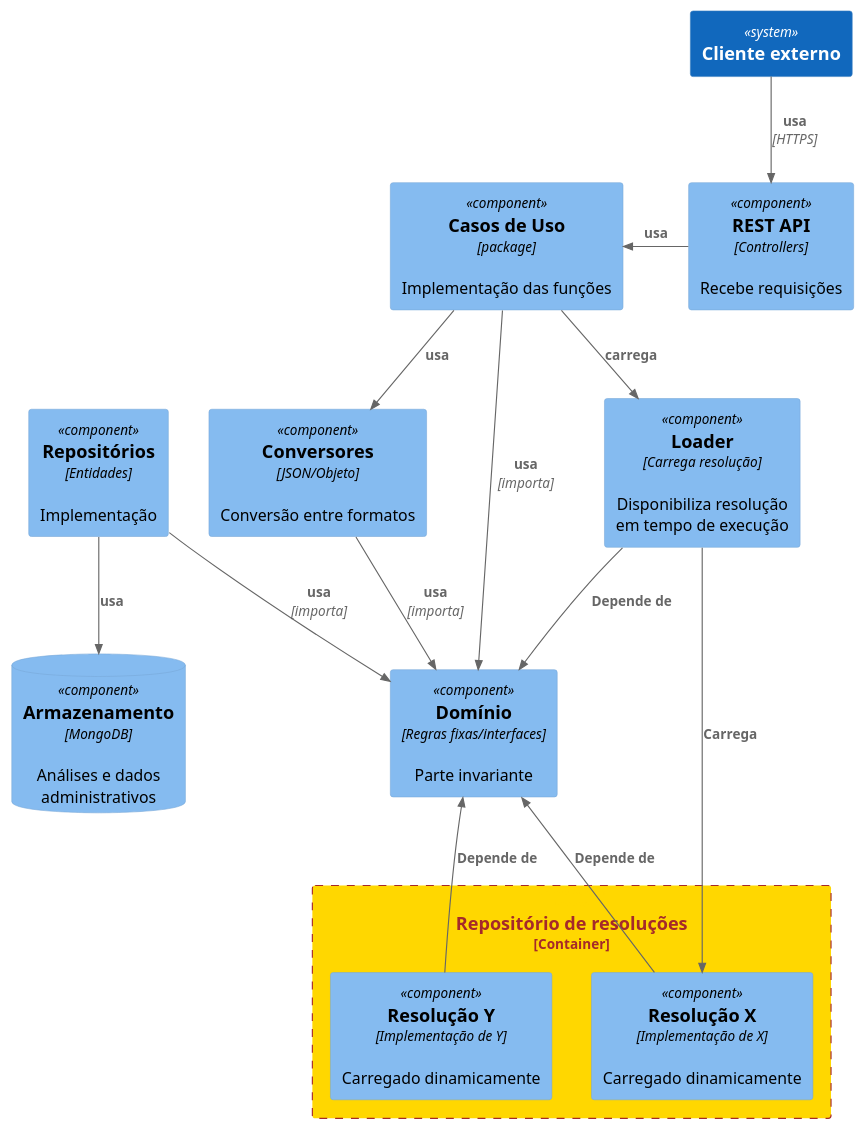
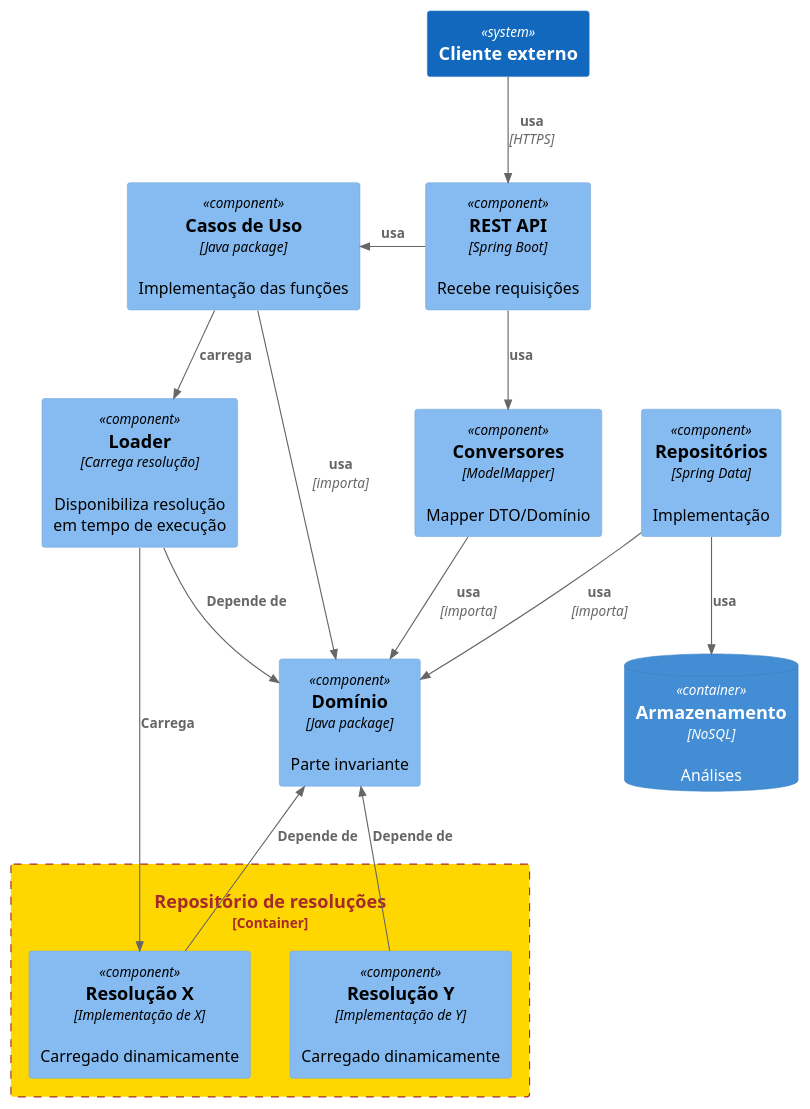
Before and after one commit to kyriosdata/docente-inf: the diagram in documentacao/diagramas/c4-component.puml, drawn with PlantUML. The commit also changed 1 other file, not shown here.

```diff
--- a/documentacao/diagramas/c4-component.puml
+++ b/documentacao/diagramas/c4-component.puml
@@ -1,49 +1,49 @@
 @startuml c4-component
 !include https://raw.githubusercontent.com/plantuml-stdlib/C4-PlantUML/master/C4_Component.puml
 
 UpdateBoundaryStyle($bgColor="gold", $fontColor="brown", $borderColor="brown")
 UpdateSystemBoundaryStyle($bgColor="gold", $fontColor="white", $borderColor="white")
 
 System(cliente, "Cliente externo")
 
-Component(comp1, "Domínio", "Regras fixas/interfaces", "Parte invariante")
+Component(dominio, "Domínio", "Java package", "Parte invariante")
+Component(servicos, "Casos de Uso", "Java package", "Implementação das funções")
+Component(conversores, "Conversores", "ModelMapper", "Mapper DTO/Domínio")
+Component(rest, "REST API", "Spring Boot", "Recebe requisições")
 
-Component(conversores, "Conversores", "JSON/Objeto", "Conversão entre formatos")
-Component(servicos, "Casos de Uso", "package", "Implementação das funções")
-Component(repos, "Repositórios", "Entidades", "Implementação")
-Rel(servicos, comp1, "usa", "importa")
-Rel(repos, comp1, "usa", "importa")
-Rel(conversores, comp1, "usa", "importa")
-Rel(servicos,conversores, "usa")
+Component(repos, "Repositórios", "Spring Data", "Implementação")
+Rel(servicos, dominio, "usa", "importa")
+Rel(repos, dominio, "usa", "importa")
+Rel(conversores, dominio, "usa", "importa")
+Rel(rest,conversores, "usa")
 
-Component(rest, "REST API", "Controllers", "Recebe requisições")
 
-ComponentDb(db, "Armazenamento", "MongoDB", "Análises e dados administrativos")
+ContainerDb(db, "Armazenamento", "NoSQL", "Análises")
 
 Rel(repos, db, "usa")
 
 AddBoundaryTag("v1", $bgColor="lightgreen", $fontColor="green", $borderColor="green")
 AddElementTag("v1", $bgColor="lightred", $fontColor="red", $borderColor="red")
 
 AddBoundaryTag("v2", $bgColor="LightGray", $fontColor="green", $borderColor="green")
 AddElementTag("v2", $bgColor="LightBlue", $fontColor="red", $borderColor="red")
 
 Rel_L(rest, servicos, "usa", "")
 Rel(cliente, rest, "usa", "HTTPS")
 
 Container_Boundary(loader, "Repositório de resoluções") {
     Component(comp9, "Resolução X", "Implementação de X", "Carregado dinamicamente")
     Component(comp10, "Resolução Y", "Implementação de Y", "Carregado dinamicamente")
 }
 
 Component(comp11, "Loader", "Carrega resolução", "Disponibiliza resolução\nem tempo de execução")
 
-Rel_U(comp9, comp1, "Depende de", "")
-Rel_U(comp10, comp1, "Depende de", "")
+Rel_U(comp9, dominio, "Depende de", "")
+Rel_U(comp10, dominio, "Depende de", "")
 Rel_D(servicos, comp11, "carrega", "")
 
 Rel(comp11, comp9, "Carrega")
-Rel(comp11, comp1, "Depende de")
+Rel(comp11, dominio, "Depende de")
 
 
 @enduml
```
